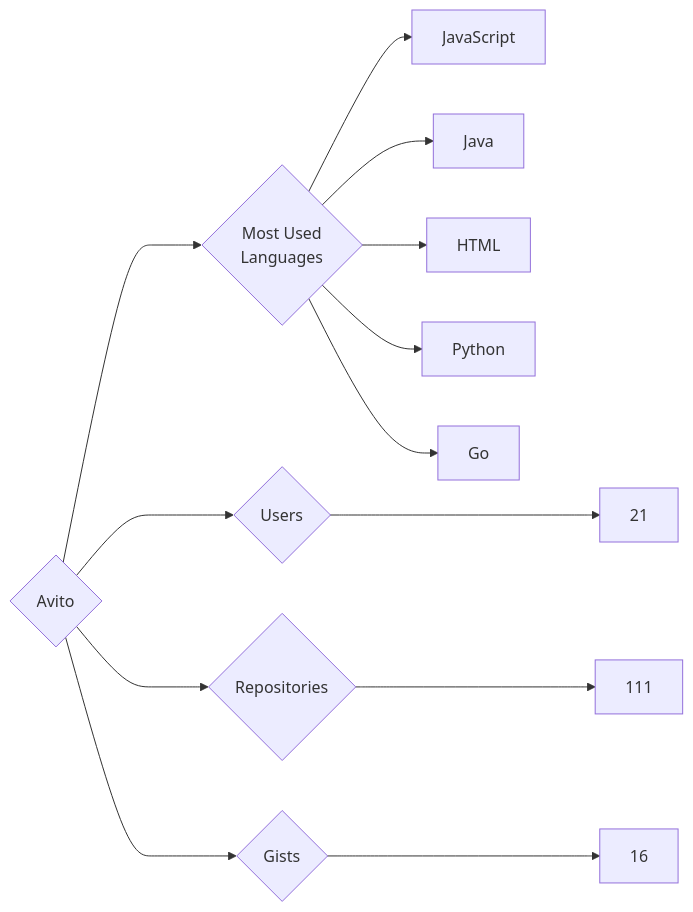
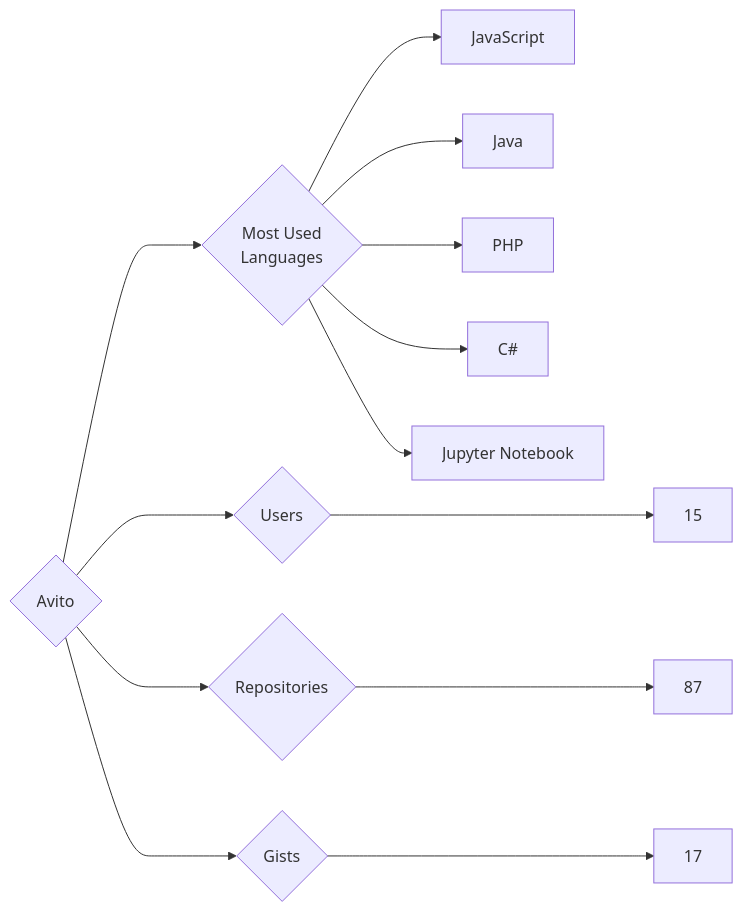
The diagram in targets/Avito/README.md (trickest/insiders), drawn with Mermaid before and after one commit. The commit also changed 757 other files, not shown here.

````diff
--- a/targets/Avito/README.md
+++ b/targets/Avito/README.md
@@ -3,13 +3,13 @@
 ```mermaid
 graph LR
 COMPANY_NAME{Avito}
-COMPANY_NAME ---> U{Users} ---> UN[21]
-COMPANY_NAME ---> R{Repositories} ---> RN[111]
-COMPANY_NAME ---> G{Gists} ---> GN[16]
+COMPANY_NAME ---> U{Users} ---> UN[15]
+COMPANY_NAME ---> R{Repositories} ---> RN[87]
+COMPANY_NAME ---> G{Gists} ---> GN[17]
 COMPANY_NAME ---> ML{Most Used<br>Languages}
 ML --> JavaScript[JavaScript]
 ML --> Java[Java]
-ML --> HTML[HTML]
-ML --> Python[Python]
-ML --> Go[Go]
+ML --> PHP[PHP]
+ML --> C#[C#]
+ML --> Jupyter_Notebook[Jupyter Notebook]
 ```
````
